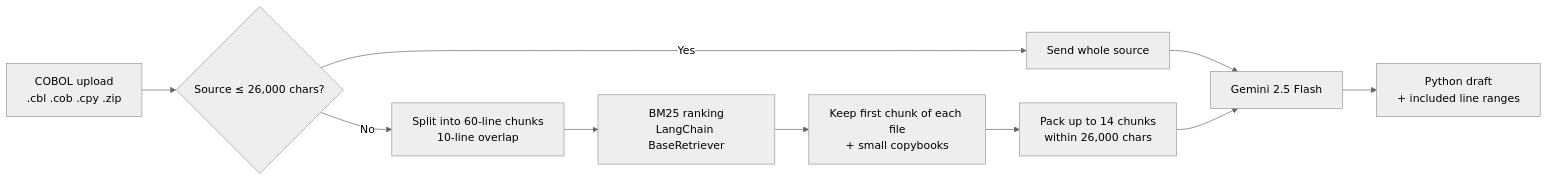
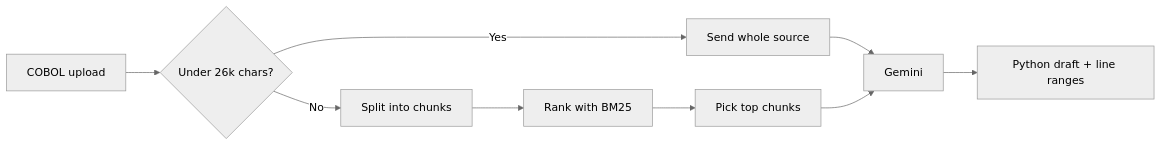
Before and after one commit to AKdaAKA/legacy-agent: the diagram in README.md, drawn with Mermaid (neutral theme). The commit also changed other lines of this file, not shown here.

````diff
--- a/README.md
+++ b/README.md
@@ -61,12 +53,11 @@
 ```mermaid
 flowchart LR
-    A[COBOL upload<br/>.cbl .cob .cpy .zip] --> B{Source ≤ 26,000 chars?}
+    A[COBOL upload] --> B{Under 26k chars?}
     B -- Yes --> C[Send whole source]
-    B -- No --> D[Split into 60-line chunks<br/>10-line overlap]
-    D --> E[BM25 ranking<br/>LangChain BaseRetriever]
-    E --> F[Keep first chunk of each file<br/>+ small copybooks]
-    F --> G[Pack up to 14 chunks<br/>within 26,000 chars]
-    C --> H[Gemini 2.5 Flash]
-    G --> H
-    H --> I[Python draft<br/>+ included line ranges]
+    B -- No --> D[Split into chunks]
+    D --> E[Rank with BM25]
+    E --> F[Pick top chunks]
+    C --> G[Gemini]
+    F --> G
+    G --> H[Python draft + line ranges]
 ```
````
